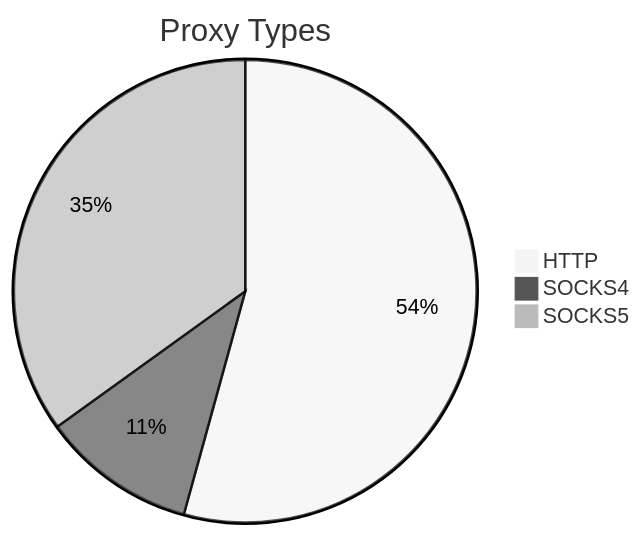
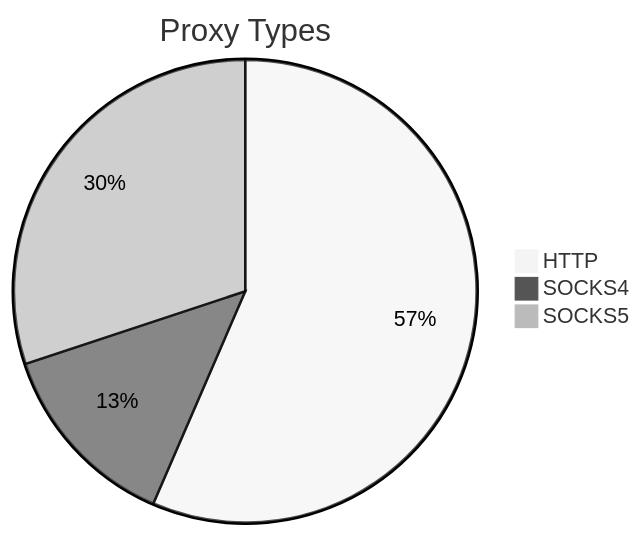
Before and after one commit to stormsia/proxy-list: the first of 2 diagrams in README.md, drawn with Mermaid (neutral theme). The commit also changed other lines of this file, not shown here.

````diff
--- a/README.md
+++ b/README.md
@@ -21,6 +21,6 @@
 ```mermaid
 pie title Proxy Types
-    "HTTP" : 146
-    "SOCKS4" : 29
-    "SOCKS5" : 94
+    "HTTP" : 139
+    "SOCKS4" : 33
+    "SOCKS5" : 74
 ```
````
